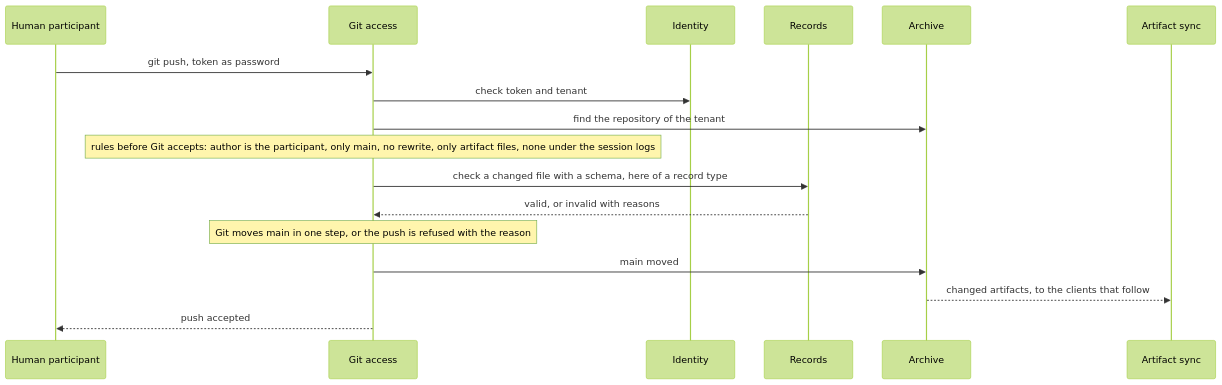
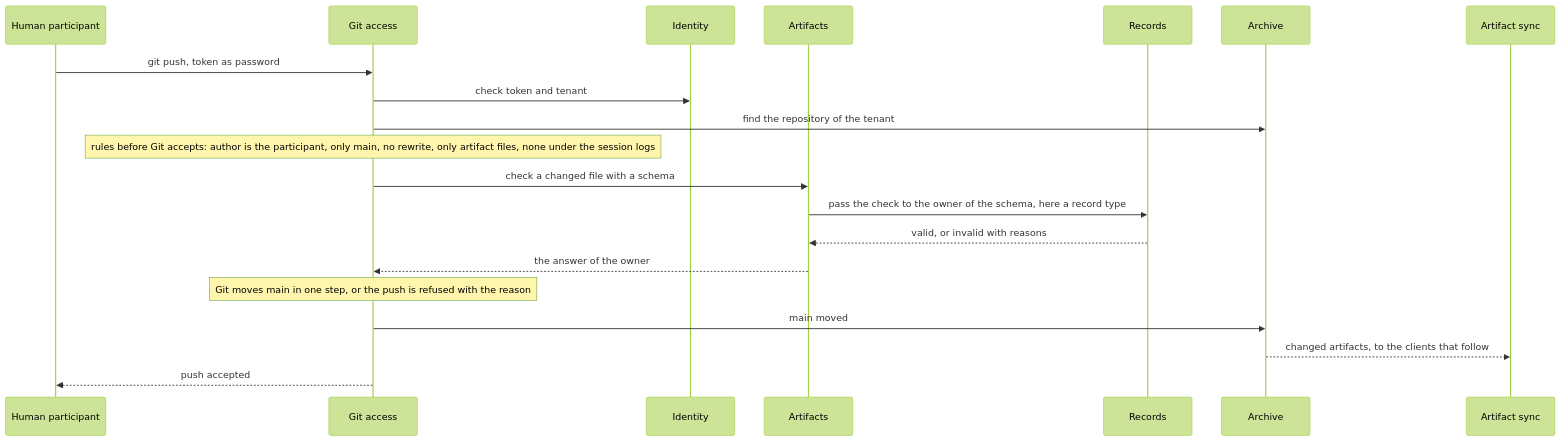
The ninth of 15 diagrams in docs/architecture/06-runtime-view.arc42.md (mrsimpson/agentic-office), drawn with Mermaid (forest theme) before and after one commit. The commit also changed other lines of this file and 6 other files, not shown here.

First line of the commit message:
docs(architecture): add the artifacts part as the registry of schema owners

````diff
--- a/docs/architecture/06-runtime-view.arc42.md
+++ b/docs/architecture/06-runtime-view.arc42.md
@@ -379,19 +379,22 @@
 ```mermaid
 sequenceDiagram
     participant actor_human as Human participant
     participant bb_git_access as Git access
     participant bb_identity as Identity
+    participant bb_artifacts as Artifacts
     participant bb_records as Records
     participant bb_archive as Archive
     participant bb_sync as Artifact sync
     actor_human->>bb_git_access: git push, token as password
     bb_git_access->>bb_identity: check token and tenant
     bb_git_access->>bb_archive: find the repository of the tenant
     Note over bb_git_access: rules before Git accepts: author is the participant, only main, no rewrite, only artifact files, none under the session logs
-    bb_git_access->>bb_records: check a changed file with a schema, here of a record type
-    bb_records-->>bb_git_access: valid, or invalid with reasons
+    bb_git_access->>bb_artifacts: check a changed file with a schema
+    bb_artifacts->>bb_records: pass the check to the owner of the schema, here a record type
+    bb_records-->>bb_artifacts: valid, or invalid with reasons
+    bb_artifacts-->>bb_git_access: the answer of the owner
     Note over bb_git_access: Git moves main in one step, or the push is refused with the reason
     bb_git_access->>bb_archive: main moved
     bb_archive-->>bb_sync: changed artifacts, to the clients that follow
     bb_git_access-->>actor_human: push accepted
 ```
````
